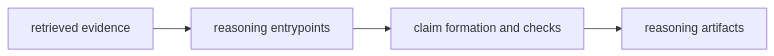
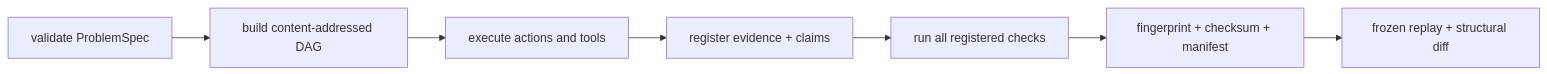
The diagram in docs/04-bijux-canon-reason/foundation/lifecycle-overview.md (bijux/bijux-canon), drawn with Mermaid before and after one commit. The commit also changed other lines of this file and 2 other files, not shown here.

Commit message:
docs(reason): define evidence interpretation authority

````diff
--- a/docs/04-bijux-canon-reason/foundation/lifecycle-overview.md
+++ b/docs/04-bijux-canon-reason/foundation/lifecycle-overview.md
@@ -16,9 +17,12 @@
 ```mermaid
 flowchart LR
-    evidence["retrieved evidence"]
-    entry["reasoning entrypoints"]
-    evaluation["claim formation and checks"]
-    artifacts["reasoning artifacts"]
+    spec["validate ProblemSpec"]
+    plan["build content-addressed DAG"]
+    execute["execute actions and tools"]
+    ground["register evidence + claims"]
+    verify["run all registered checks"]
+    finalize["fingerprint + checksum + manifest"]
+    replay["frozen replay + structural diff"]
 
-    evidence --> entry --> evaluation --> artifacts
+    spec --> plan --> execute --> ground --> verify --> finalize --> replay
 ```
````
